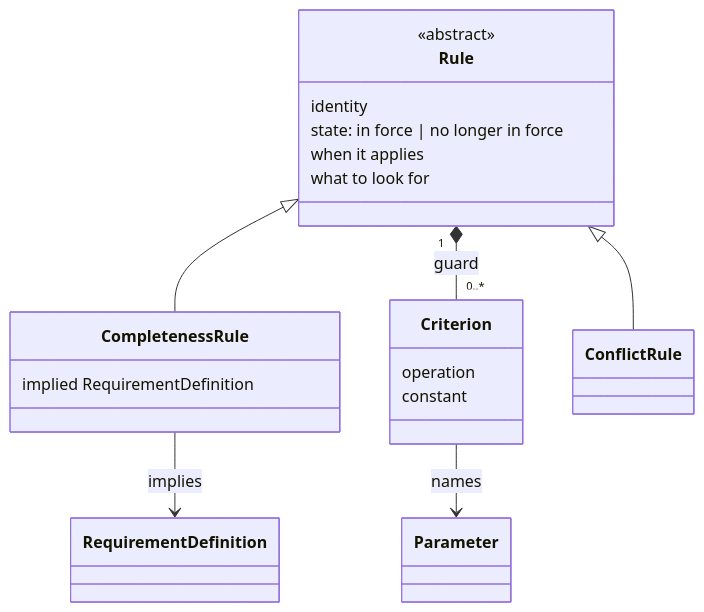
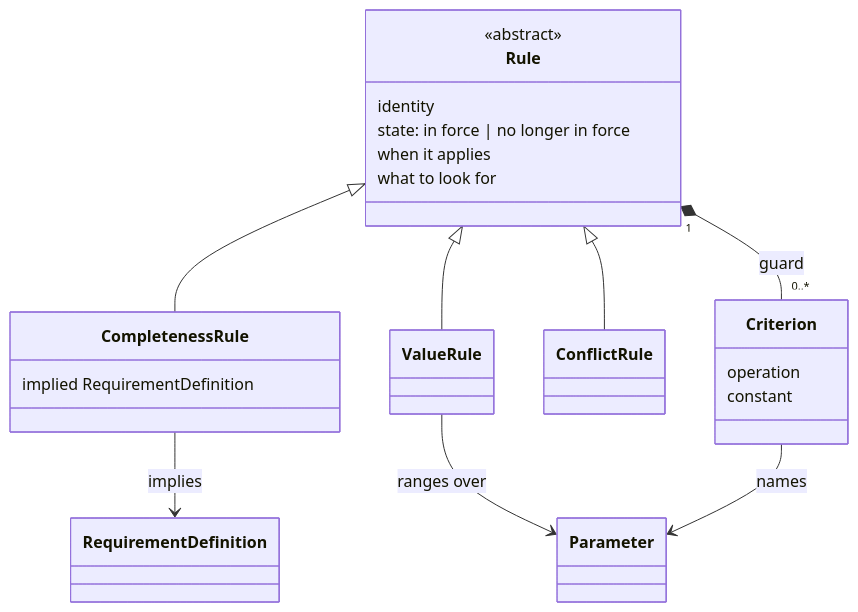
Before and after one commit to szantob/ProjectML: the first of 3 diagrams in spec/03-project-lifecycle-model.md, drawn with Mermaid. The commit also changed other lines of this file, not shown here.

First line of the commit message:
Add ValueRule, decide every guard, and walk a requirement once (K103, K115-K128)

````diff
--- a/spec/03-project-lifecycle-model.md
+++ b/spec/03-project-lifecycle-model.md
@@ -83,22 +88,24 @@
 ```mermaid
 classDiagram
     class Rule {
         <<abstract>>
         identity
         state: in force | no longer in force
         when it applies
         what to look for
     }
     class Criterion {
         operation
         constant
     }
     class CompletenessRule {
         implied RequirementDefinition
     }
     Rule <|-- ConflictRule
     Rule <|-- CompletenessRule
+    Rule <|-- ValueRule
+    ValueRule --> Parameter : ranges over
     Rule "1" *-- "0..*" Criterion : guard
     Criterion --> Parameter : names
     CompletenessRule --> RequirementDefinition : implies
 ```
````
